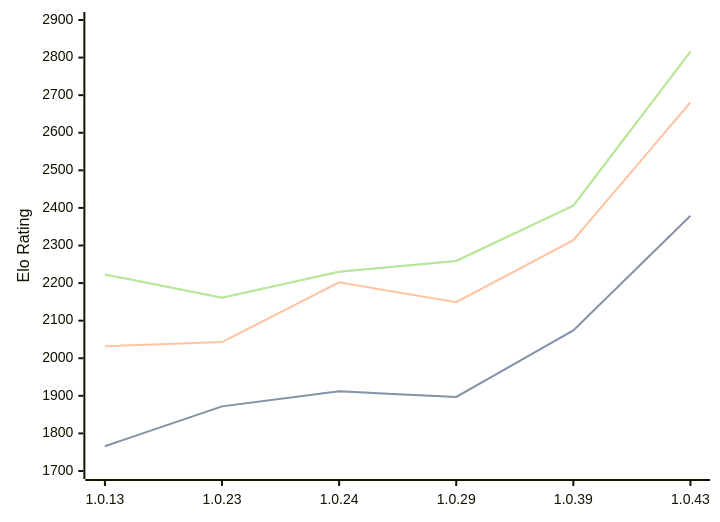
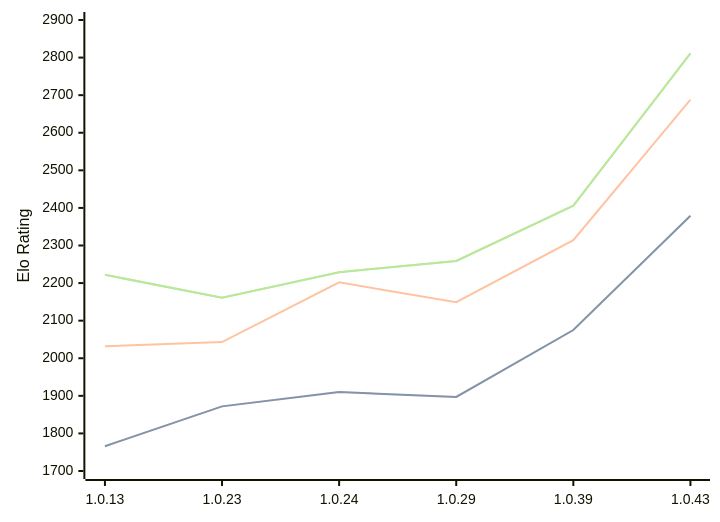
One commit to computer-chess-index/cci changed the third of 3 diagrams in engines/RustyRival.md. Above: the diagram before and after it, drawn with Mermaid. The commit also changed other lines of this file, not shown here.

Commit message:
Update CCI Ratings (ELO VLTC) - 2026-07-10

````diff
--- a/engines/RustyRival.md
+++ b/engines/RustyRival.md
@@ -101,11 +101,11 @@
 ```mermaid
 %%{init: {"theme":"base","themeVariables":{"seriesColors:['#a3a3a3','#222221','#faa371']}}}%%
 xychart-beta
   x-axis ["1.0.13", "1.0.23", "1.0.24", "1.0.29", "1.0.39", "1.0.43"]
   y-axis "Elo Rating" 1700 --> 2900
-  line "STC (8.0+0.08s)" [1766, 1872, 1912, 1897, 2074, 2379]
-  line "STC (8.0+0.08s)" [1766, 1872, 1912, 1897, 2074, 2379]
-  line "LTC (60.0+0.60s)" [2032, 2043, 2202, 2149, 2314, 2681]
-  line "VLTC (2m24s+1.12s)" [2223, 2161, 2230, 2259, 2406, 2816]
-  line "VLTC (2m24s+1.12s)" [2223, 2161, 2230, 2259, 2406, 2816]
+  line "STC (8.0+0.08s)" [1766, 1872, 1910, 1897, 2075, 2379]
+  line "STC (8.0+0.08s)" [1766, 1872, 1910, 1897, 2075, 2379]
+  line "LTC (60.0+0.60s)" [2032, 2043, 2202, 2149, 2314, 2688]
+  line "VLTC (2m24s+1.12s)" [2222, 2161, 2229, 2259, 2406, 2811]
+  line "VLTC (2m24s+1.12s)" [2222, 2161, 2229, 2259, 2406, 2811]
 ```
````
